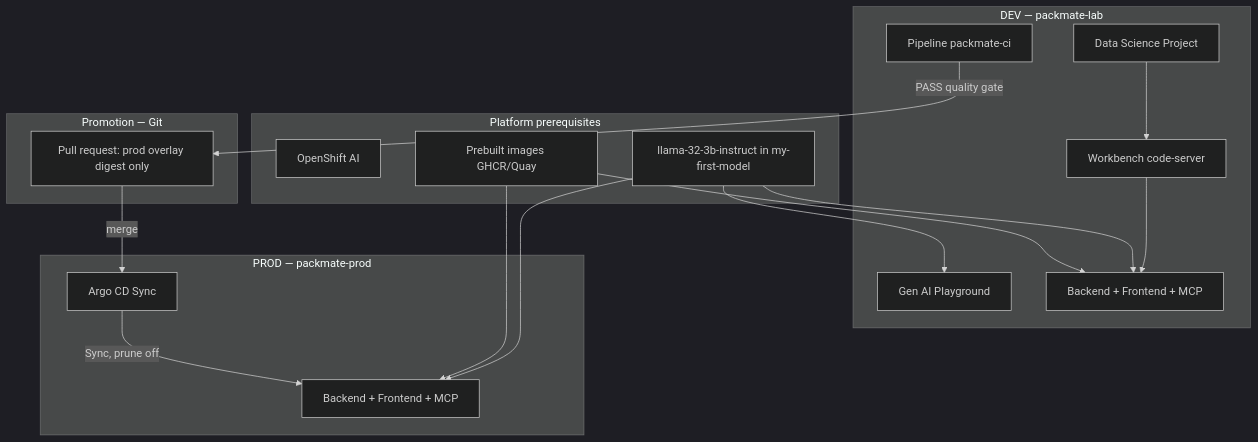
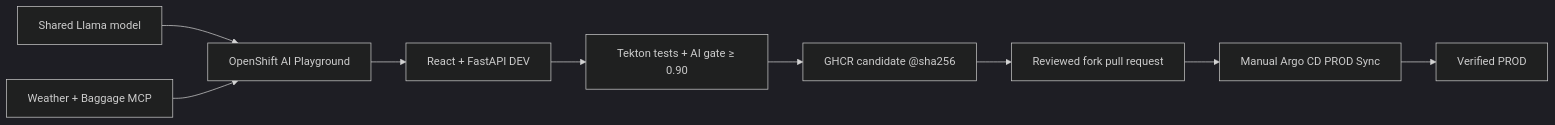
The diagram in README.md (Lindagh1/packmate-agent), drawn with Mermaid (dark theme) before and after one commit. The commit also changed other lines of this file and 82 other files, not shown here.

````diff
--- a/README.md
+++ b/README.md
@@ -54,31 +72,11 @@
 ```mermaid
-flowchart TB
-  subgraph dev [DEV — packmate-lab]
-    DSP[Data Science Project]
-    WB[Workbench code-server]
-    PG[Gen AI Playground]
-    PipeUI[Pipeline packmate-ci]
-    AppDev[Backend + Frontend + MCP]
-  end
-  subgraph promo [Promotion — Git]
-    PR[Pull request: prod overlay digest only]
-  end
-  subgraph prod [PROD — packmate-prod]
-    ArgoUI[Argo CD Sync]
-    AppProd[Backend + Frontend + MCP]
-  end
-  subgraph platform [Platform prerequisites]
-    OAI[OpenShift AI]
-    Model[llama-32-3b-instruct in my-first-model]
-    Img[Prebuilt images GHCR/Quay]
-  end
-  DSP --> WB --> AppDev
-  Model --> PG
-  Model --> AppDev
-  Model --> AppProd
-  Img --> AppDev
-  Img --> AppProd
-  PipeUI -->|"PASS quality gate"| PR
-  PR -->|merge| ArgoUI
-  ArgoUI -->|Sync, prune off| AppProd
+flowchart LR
+  Model[Shared Llama model] --> PG[OpenShift AI Playground]
+  MCP[Weather + Baggage MCP] --> PG
+  PG --> Dev[React + FastAPI DEV]
+  Dev --> CI[Tekton tests + AI gate ≥ 0.90]
+  CI --> GHCR[GHCR candidate @sha256]
+  GHCR --> PR[Reviewed fork pull request]
+  PR --> Argo[Manual Argo CD PROD Sync]
+  Argo --> Prod[Verified PROD]
 ```
````
